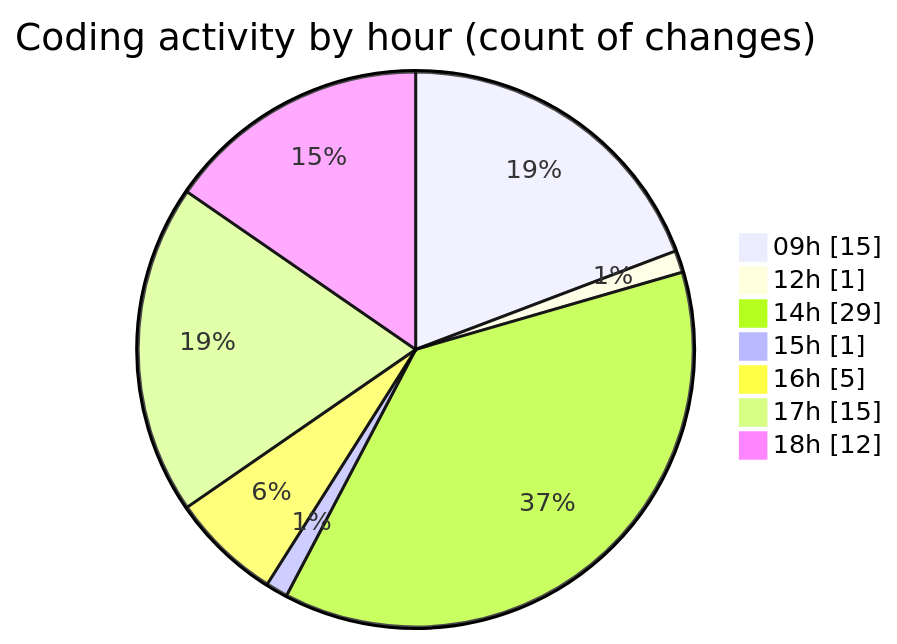
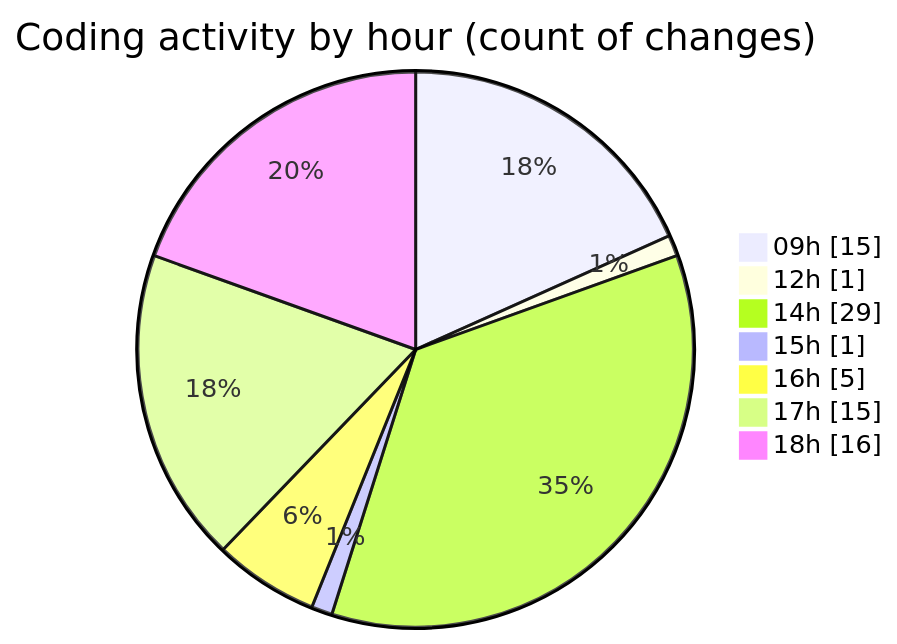
One commit to momahboobian/code-tracking changed the second of 2 diagrams in 2026-09-08/cda/README.md. Above: the diagram before and after it, drawn with Mermaid. The commit also changed other lines of this file and 1 other file, not shown here.

````diff
--- a/2026-09-08/cda/README.md
+++ b/2026-09-08/cda/README.md
@@ -61,11 +61,11 @@
 ```mermaid
 pie showData
 title Coding activity by hour (count of changes)
 "09h" : 15
 "12h" : 1
 "14h" : 29
 "15h" : 1
 "16h" : 5
 "17h" : 15
-"18h" : 12
+"18h" : 16
 ```
````
